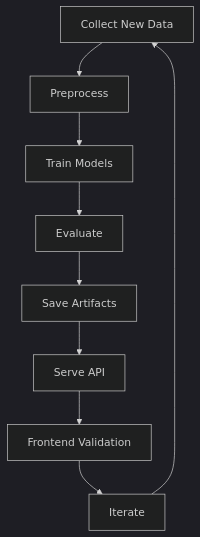
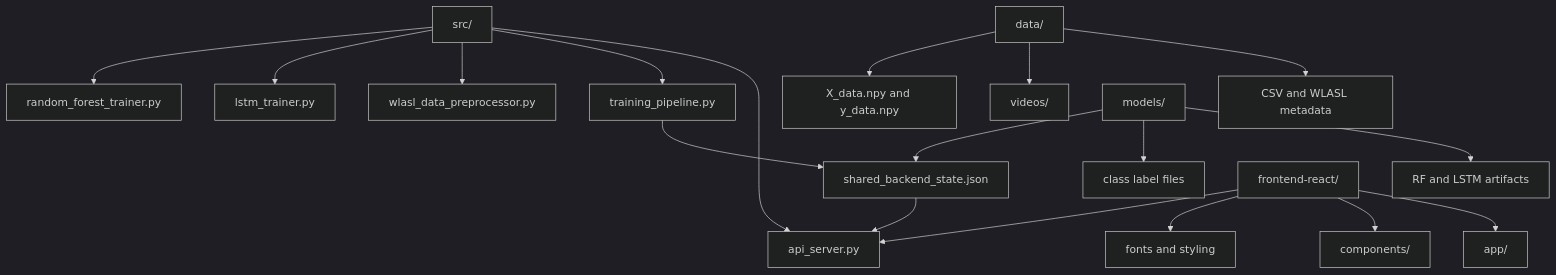
The seventh of 7 diagrams in README.md (RishiStudies/hand_sign_detection_dynamic), drawn with Mermaid (dark theme) before and after one commit. The commit also changed other lines of this file, not shown here.

First line of the commit message:
Revise README: add quickstart, diagrams, usage

````diff
--- a/README.md
+++ b/README.md
@@ -294,11 +264,24 @@
 ```mermaid
 flowchart TD
-  A[Collect New Data] --> B[Preprocess]
-  B --> C[Train Models]
-  C --> D[Evaluate]
-  D --> E[Save Artifacts]
-  E --> F[Serve API]
-  F --> G[Frontend Validation]
-  G --> H[Iterate]
-  H --> A
+  A[src/] --> A1[api_server.py]
+  A --> A2[training_pipeline.py]
+  A --> A3[wlasl_data_preprocessor.py]
+  A --> A4[lstm_trainer.py]
+  A --> A5[random_forest_trainer.py]
+
+  B[data/] --> B1[CSV and WLASL metadata]
+  B --> B2[videos/]
+  B --> B3[X_data.npy and y_data.npy]
+
+  C[models/] --> C1[RF and LSTM artifacts]
+  C --> C2[class label files]
+  C --> C3[shared_backend_state.json]
+
+  D[frontend-react/] --> D1[app/]
+  D --> D2[components/]
+  D --> D3[fonts and styling]
+
+  A2 --> C3
+  C3 --> A1
+  D --> A1
 ```
````
